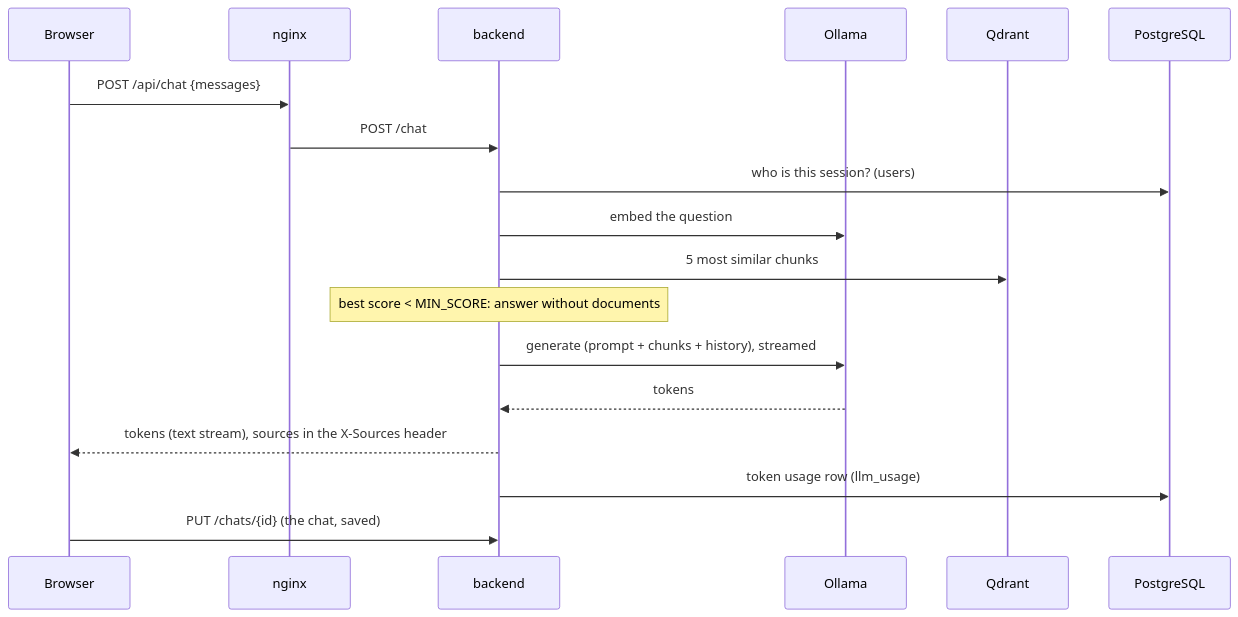
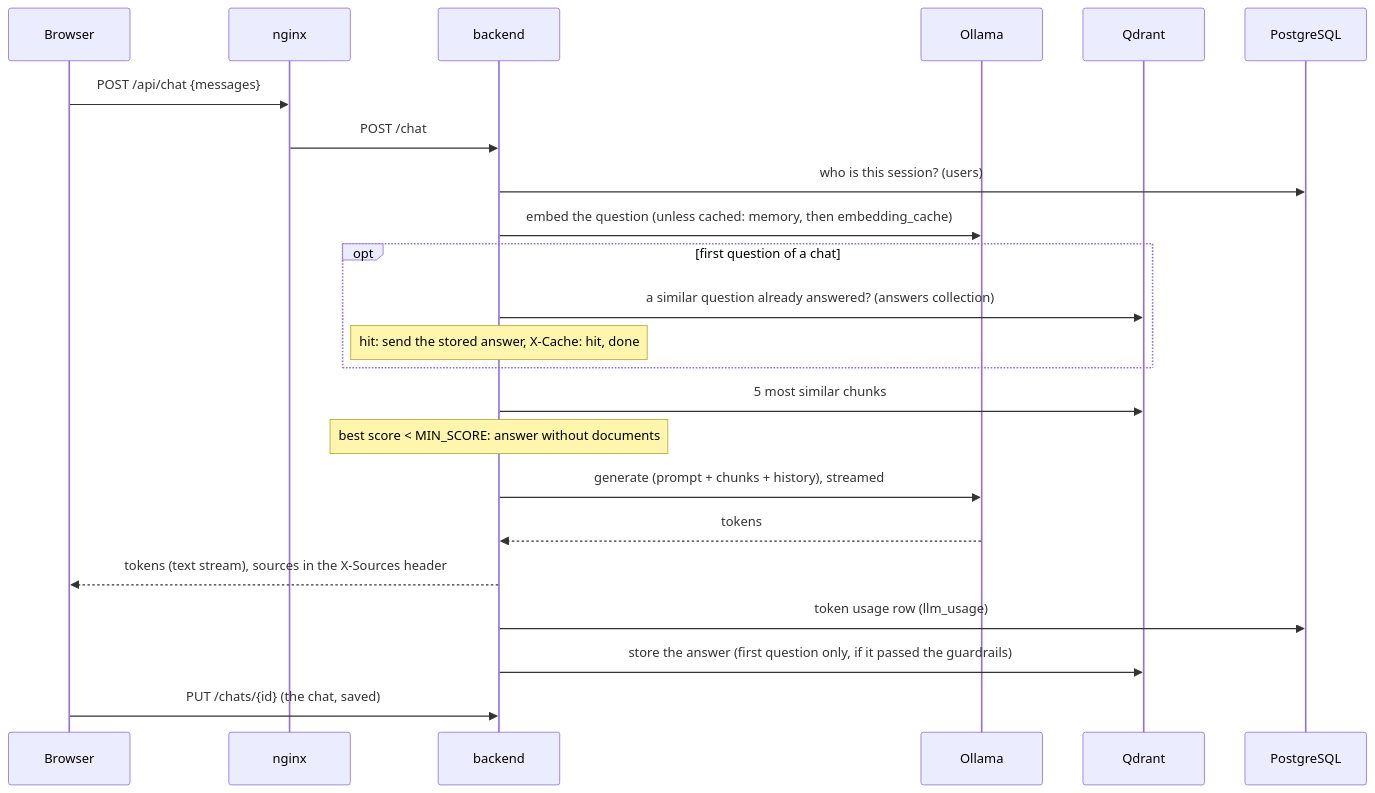
Before and after one commit to prasadvw332-beep/MyChatApp: the second of 3 diagrams in docs/architecture.md, drawn with Mermaid. The commit also changed other lines of this file and 27 other files, not shown here.

````diff
--- a/docs/architecture.md
+++ b/docs/architecture.md
@@ -42,20 +42,25 @@
 ```mermaid
 sequenceDiagram
     participant B as Browser
     participant N as nginx
     participant A as backend
     participant O as Ollama
     participant Q as Qdrant
     participant P as PostgreSQL
     B->>N: POST /api/chat {messages}
     N->>A: POST /chat
     A->>P: who is this session? (users)
-    A->>O: embed the question
+    A->>O: embed the question (unless cached: memory, then embedding_cache)
+    opt first question of a chat
+        A->>Q: a similar question already answered? (answers collection)
+        Note over A: hit: send the stored answer, X-Cache: hit, done
+    end
     A->>Q: 5 most similar chunks
     Note over A: best score < MIN_SCORE: answer without documents
     A->>O: generate (prompt + chunks + history), streamed
     O-->>A: tokens
     A-->>B: tokens (text stream), sources in the X-Sources header
     A->>P: token usage row (llm_usage)
+    A->>Q: store the answer (first question only, if it passed the guardrails)
     B->>A: PUT /chats/{id} (the chat, saved)
 ```
````
